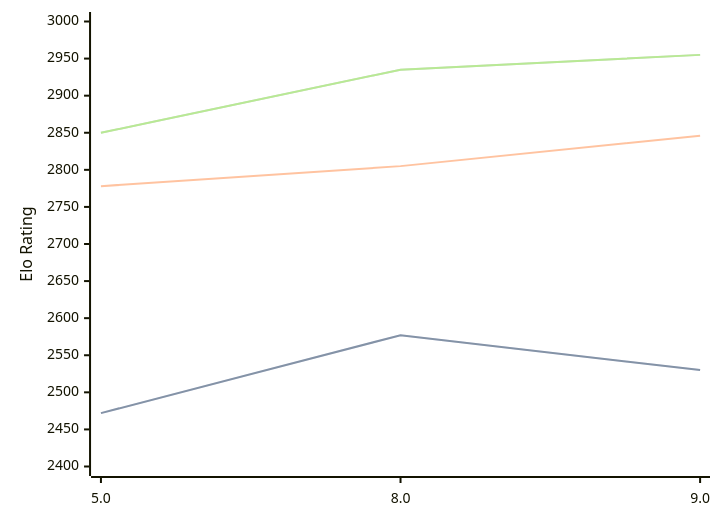
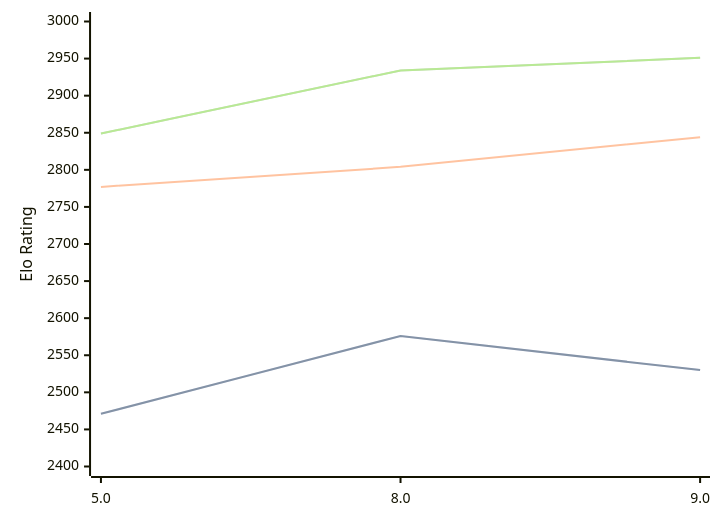
Before and after one commit to computer-chess-index/cci: the diagram in engines/4kc.md, drawn with Mermaid. The commit also changed other lines of this file, not shown here.

Commit message:
Update CCI Ratings (ELO VLTC) - 2026-08-04

````diff
--- a/engines/4kc.md
+++ b/engines/4kc.md
@@ -42,11 +42,11 @@
 ```mermaid
 %%{init: {"theme":"base","themeVariables":{"seriesColors:['#a3a3a3','#222221','#faa371']}}}%%
 xychart-beta
   x-axis ["5.0", "8.0", "9.0"]
   y-axis "Elo Rating" 2400 --> 3000
-  line "STC (8.0+0.08s)" [2472, 2577, 2530]
-  line "STC (8.0+0.08s)" [2472, 2577, 2530]
-  line "LTC (60.0+0.60s)" [2778, 2805, 2846]
-  line "VLTC (2m24s+1.12s)" [2850, 2935, 2955]
-  line "VLTC (2m24s+1.12s)" [2850, 2935, 2955]
+  line "STC (8.0+0.08s)" [2471, 2576, 2530]
+  line "STC (8.0+0.08s)" [2471, 2576, 2530]
+  line "LTC (60.0+0.60s)" [2777, 2804, 2844]
+  line "VLTC (2m24s+1.12s)" [2849, 2934, 2951]
+  line "VLTC (2m24s+1.12s)" [2849, 2934, 2951]
 ```
````
